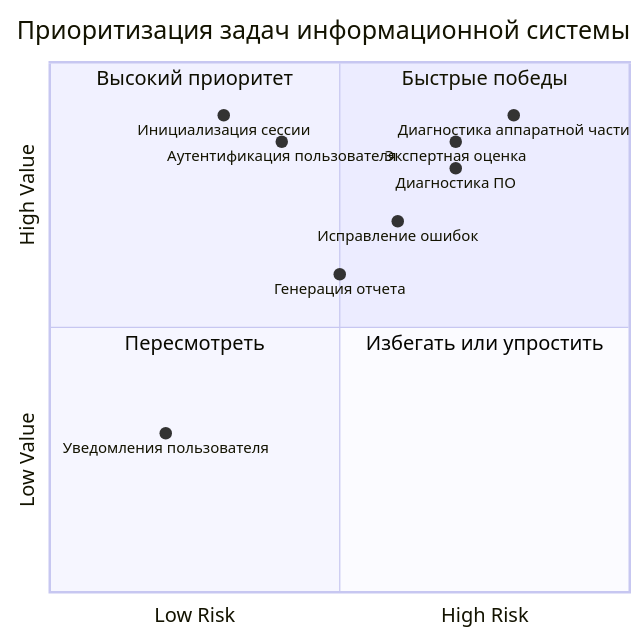
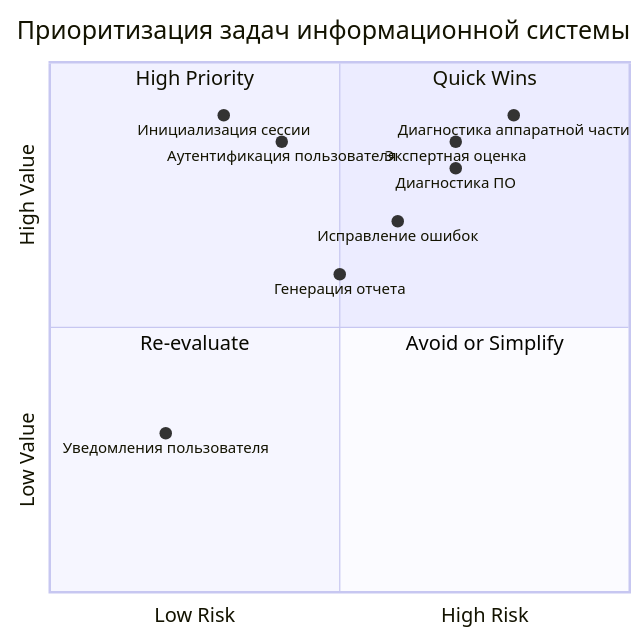
Before and after one commit to UkroSchwein/12prac: the third of 4 diagrams in README.md, drawn with Mermaid.

````diff
--- a/README.md
+++ b/README.md
@@ -47,18 +47,18 @@
 ```mermaid
 quadrantChart
     title Приоритизация задач информационной системы
     x-axis Low Risk --> High Risk
     y-axis Low Value --> High Value
-    quadrant-1 Быстрые победы
-    quadrant-2 Высокий приоритет
-    quadrant-3 Пересмотреть
-    quadrant-4 Избегать или упростить
+    quadrant-1 Quick Wins
+    quadrant-2 High Priority
+    quadrant-3 Re-evaluate
+    quadrant-4 Avoid or Simplify
     "Инициализация сессии": [0.3, 0.9]
     "Аутентификация пользователя": [0.4, 0.85]
     "Диагностика ПО": [0.7, 0.8]
     "Диагностика аппаратной части": [0.8, 0.9]
     "Исправление ошибок": [0.6, 0.7]
     "Генерация отчета": [0.5, 0.6]
     "Уведомления пользователя": [0.2, 0.3]
     "Экспертная оценка": [0.7, 0.85]
 ```
````
